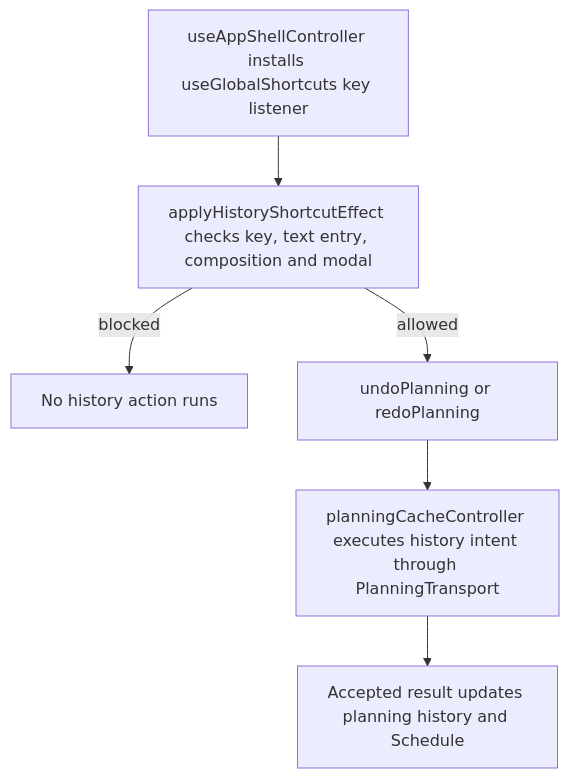
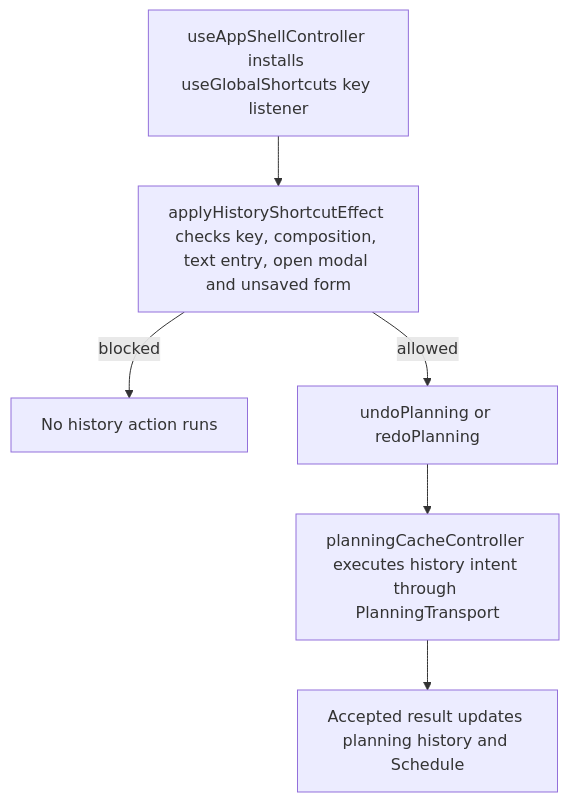
Before and after one commit to Kevinjohn/capacitylens: the second of 2 diagrams in user-stories/toolbar/US-TBR-07-undo-redo-keyboard.md, drawn with Mermaid. The commit also changed other lines of this file and 119 other files, not shown here.

First line of the commit message:
docs: correct story text and flow diagrams against current source

````diff
--- a/user-stories/toolbar/US-TBR-07-undo-redo-keyboard.md
+++ b/user-stories/toolbar/US-TBR-07-undo-redo-keyboard.md
@@ -33,8 +33,8 @@
 ```mermaid
 flowchart TD
-  A["useAppShellController installs useGlobalShortcuts key listener"] --> B["applyHistoryShortcutEffect checks key, text entry, composition and modal"]
+  A["useAppShellController installs useGlobalShortcuts key listener"] --> B["applyHistoryShortcutEffect checks key, composition, text entry, open modal and unsaved form"]
   B -->|blocked| C["No history action runs"]
   B -->|allowed| D["undoPlanning or redoPlanning"]
   D --> E["planningCacheController executes history intent through PlanningTransport"]
   E --> F["Accepted result updates planning history and Schedule"]
 ```
````
